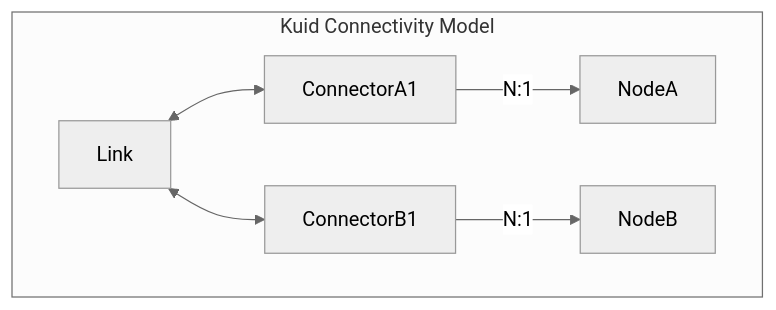
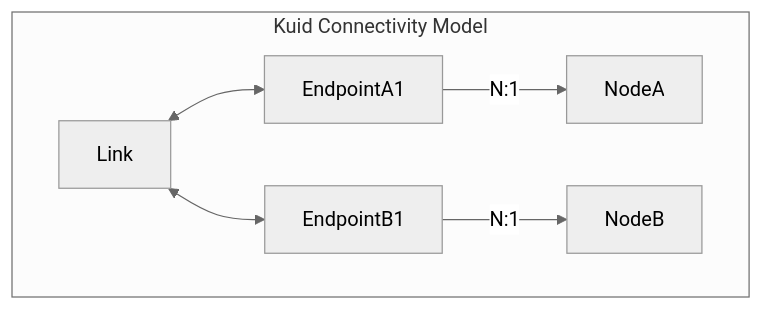
Before and after one commit to kuidio/docs: the third of 3 diagrams in docs/02-resources/02-inventory/01_about.md, drawn with Mermaid (neutral theme). The commit also changed other lines of this file and 1 other file, not shown here.

````diff
--- a/docs/02-resources/02-inventory/01_about.md
+++ b/docs/02-resources/02-inventory/01_about.md
@@ -71,14 +71,14 @@
 ```mermaid
 graph TD;
     subgraph "Kuid Connectivity Model"
         NodeA
-        ConnectorA1;
+        EndpointA1;
         NodeB
-        ConnectorB1;
+        EndpointB1;
         Link;
-        Link <--> ConnectorA1;
-        Link <--> ConnectorB1;
-        ConnectorA1 --> |N:1| NodeA;
-        ConnectorB1 --> |N:1| NodeB;
+        Link <--> EndpointA1;
+        Link <--> EndpointB1;
+        EndpointA1 --> |N:1| NodeA;
+        EndpointB1 --> |N:1| NodeB;
     end
 ```
````
